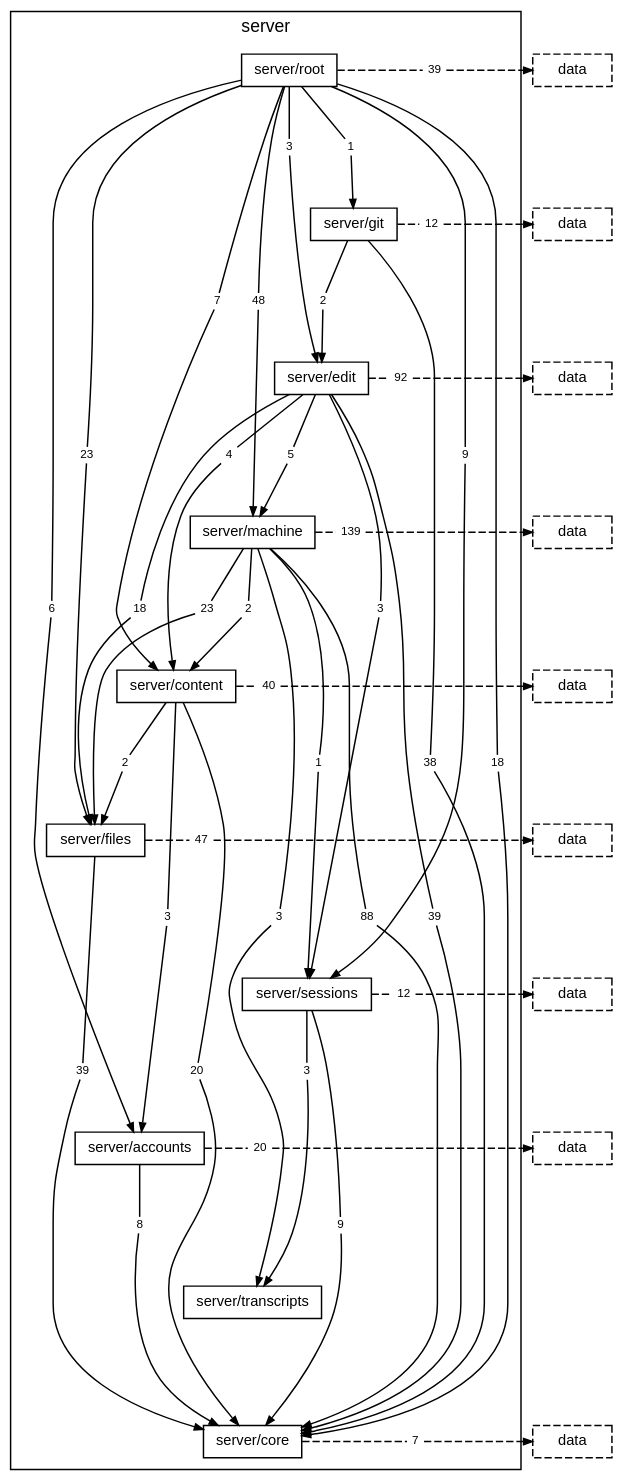
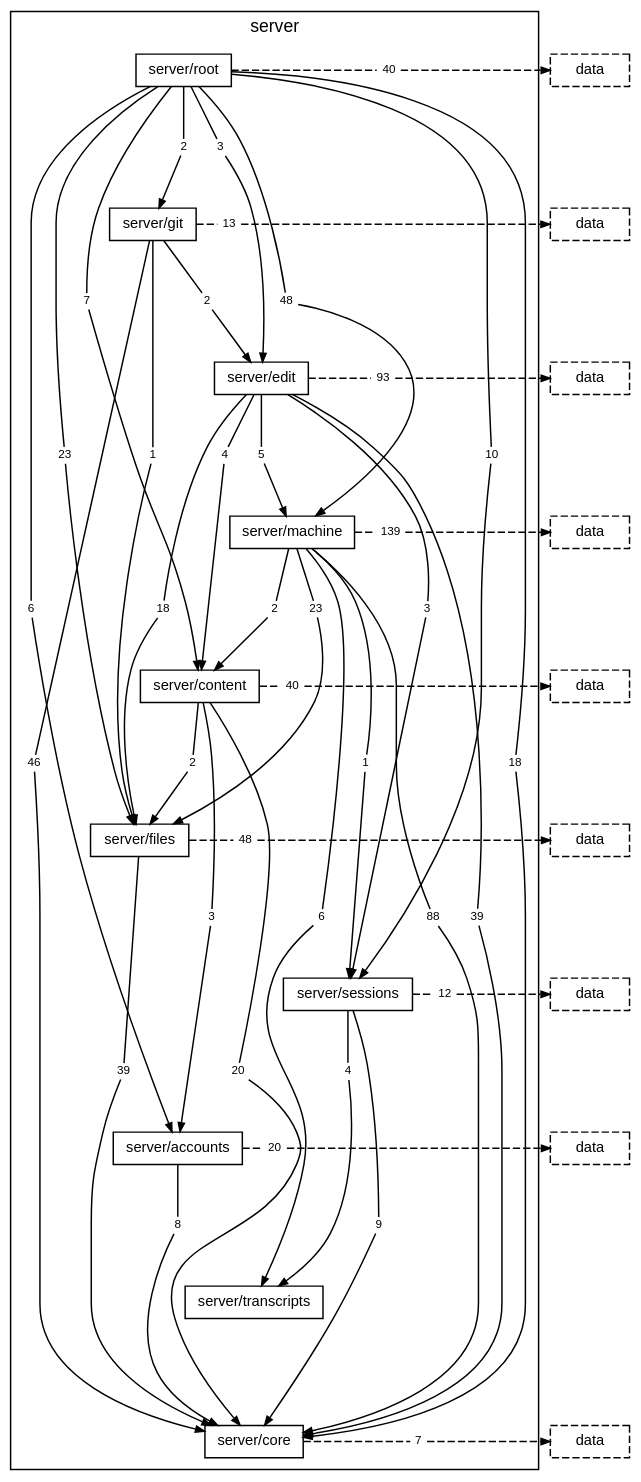
Before and after one commit to TheAxeC/oculus: the diagram in docs/diagrams/layer-server.dot, drawn with Graphviz. The commit also changed 260 other files, not shown here.

```diff
--- a/docs/diagrams/layer-server.dot
+++ b/docs/diagrams/layer-server.dot
@@ -19,33 +19,34 @@
         "folder server/root to folder server/core" [label="18", shape=box, color="transparent", fontsize=8, width=0, height=0, margin="0.04,0.02"];
         "folder server/root to folder server/edit" [label="3", shape=box, color="transparent", fontsize=8, width=0, height=0, margin="0.04,0.02"];
         "folder server/root to folder server/files" [label="23", shape=box, color="transparent", fontsize=8, width=0, height=0, margin="0.04,0.02"];
-        "folder server/root to folder server/git" [label="1", shape=box, color="transparent", fontsize=8, width=0, height=0, margin="0.04,0.02"];
+        "folder server/root to folder server/git" [label="2", shape=box, color="transparent", fontsize=8, width=0, height=0, margin="0.04,0.02"];
         "folder server/root to folder server/machine" [label="48", shape=box, color="transparent", fontsize=8, width=0, height=0, margin="0.04,0.02"];
-        "folder server/root to folder server/sessions" [label="9", shape=box, color="transparent", fontsize=8, width=0, height=0, margin="0.04,0.02"];
-        "folder server/root to layer data" [label="39", shape=box, color="transparent", fontsize=8, width=0, height=0, margin="0.04,0.02"];
-        "folder server/git to folder server/core" [label="38", shape=box, color="transparent", fontsize=8, width=0, height=0, margin="0.04,0.02"];
+        "folder server/root to folder server/sessions" [label="10", shape=box, color="transparent", fontsize=8, width=0, height=0, margin="0.04,0.02"];
+        "folder server/root to layer data" [label="40", shape=box, color="transparent", fontsize=8, width=0, height=0, margin="0.04,0.02"];
+        "folder server/git to folder server/core" [label="46", shape=box, color="transparent", fontsize=8, width=0, height=0, margin="0.04,0.02"];
         "folder server/git to folder server/edit" [label="2", shape=box, color="transparent", fontsize=8, width=0, height=0, margin="0.04,0.02"];
-        "folder server/git to layer data" [label="12", shape=box, color="transparent", fontsize=8, width=0, height=0, margin="0.04,0.02"];
+        "folder server/git to folder server/files" [label="1", shape=box, color="transparent", fontsize=8, width=0, height=0, margin="0.04,0.02"];
+        "folder server/git to layer data" [label="13", shape=box, color="transparent", fontsize=8, width=0, height=0, margin="0.04,0.02"];
         "folder server/edit to folder server/content" [label="4", shape=box, color="transparent", fontsize=8, width=0, height=0, margin="0.04,0.02"];
         "folder server/edit to folder server/core" [label="39", shape=box, color="transparent", fontsize=8, width=0, height=0, margin="0.04,0.02"];
         "folder server/edit to folder server/files" [label="18", shape=box, color="transparent", fontsize=8, width=0, height=0, margin="0.04,0.02"];
         "folder server/edit to folder server/machine" [label="5", shape=box, color="transparent", fontsize=8, width=0, height=0, margin="0.04,0.02"];
         "folder server/edit to folder server/sessions" [label="3", shape=box, color="transparent", fontsize=8, width=0, height=0, margin="0.04,0.02"];
-        "folder server/edit to layer data" [label="92", shape=box, color="transparent", fontsize=8, width=0, height=0, margin="0.04,0.02"];
+        "folder server/edit to layer data" [label="93", shape=box, color="transparent", fontsize=8, width=0, height=0, margin="0.04,0.02"];
         "folder server/machine to folder server/content" [label="2", shape=box, color="transparent", fontsize=8, width=0, height=0, margin="0.04,0.02"];
         "folder server/machine to folder server/core" [label="88", shape=box, color="transparent", fontsize=8, width=0, height=0, margin="0.04,0.02"];
         "folder server/machine to folder server/files" [label="23", shape=box, color="transparent", fontsize=8, width=0, height=0, margin="0.04,0.02"];
         "folder server/machine to folder server/sessions" [label="1", shape=box, color="transparent", fontsize=8, width=0, height=0, margin="0.04,0.02"];
-        "folder server/machine to folder server/transcripts" [label="3", shape=box, color="transparent", fontsize=8, width=0, height=0, margin="0.04,0.02"];
+        "folder server/machine to folder server/transcripts" [label="6", shape=box, color="transparent", fontsize=8, width=0, height=0, margin="0.04,0.02"];
         "folder server/machine to layer data" [label="139", shape=box, color="transparent", fontsize=8, width=0, height=0, margin="0.04,0.02"];
         "folder server/content to folder server/accounts" [label="3", shape=box, color="transparent", fontsize=8, width=0, height=0, margin="0.04,0.02"];
         "folder server/content to folder server/core" [label="20", shape=box, color="transparent", fontsize=8, width=0, height=0, margin="0.04,0.02"];
         "folder server/content to folder server/files" [label="2", shape=box, color="transparent", fontsize=8, width=0, height=0, margin="0.04,0.02"];
         "folder server/content to layer data" [label="40", shape=box, color="transparent", fontsize=8, width=0, height=0, margin="0.04,0.02"];
         "folder server/files to folder server/core" [label="39", shape=box, color="transparent", fontsize=8, width=0, height=0, margin="0.04,0.02"];
-        "folder server/files to layer data" [label="47", shape=box, color="transparent", fontsize=8, width=0, height=0, margin="0.04,0.02"];
+        "folder server/files to layer data" [label="48", shape=box, color="transparent", fontsize=8, width=0, height=0, margin="0.04,0.02"];
         "folder server/sessions to folder server/core" [label="9", shape=box, color="transparent", fontsize=8, width=0, height=0, margin="0.04,0.02"];
-        "folder server/sessions to folder server/transcripts" [label="3", shape=box, color="transparent", fontsize=8, width=0, height=0, margin="0.04,0.02"];
+        "folder server/sessions to folder server/transcripts" [label="4", shape=box, color="transparent", fontsize=8, width=0, height=0, margin="0.04,0.02"];
         "folder server/sessions to layer data" [label="12", shape=box, color="transparent", fontsize=8, width=0, height=0, margin="0.04,0.02"];
         "folder server/accounts to folder server/core" [label="8", shape=box, color="transparent", fontsize=8, width=0, height=0, margin="0.04,0.02"];
         "folder server/accounts to layer data" [label="20", shape=box, color="transparent", fontsize=8, width=0, height=0, margin="0.04,0.02"];
@@ -92,6 +93,8 @@
     "folder server/git to folder server/core" -> "folder server/core" [];
     "folder server/git" -> "folder server/git to folder server/edit" [arrowhead=none, minlen=1, weight=10];
     "folder server/git to folder server/edit" -> "folder server/edit" [];
+    "folder server/git" -> "folder server/git to folder server/files" [arrowhead=none, minlen=3, weight=10];
+    "folder server/git to folder server/files" -> "folder server/files" [];
     "folder server/git" -> "folder server/git to layer data" [arrowhead=none, style=dashed];
     "folder server/git to layer data" -> "layer data from folder server/git" [style=dashed];
     { rank=same; "folder server/git"; "folder server/git to layer data"; "layer data from folder server/git"; }
```
